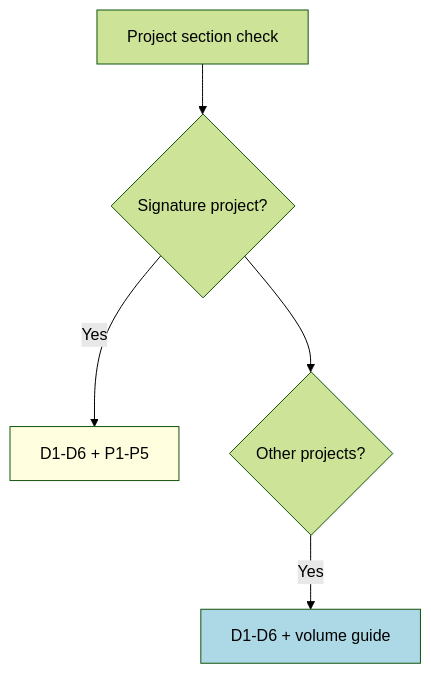
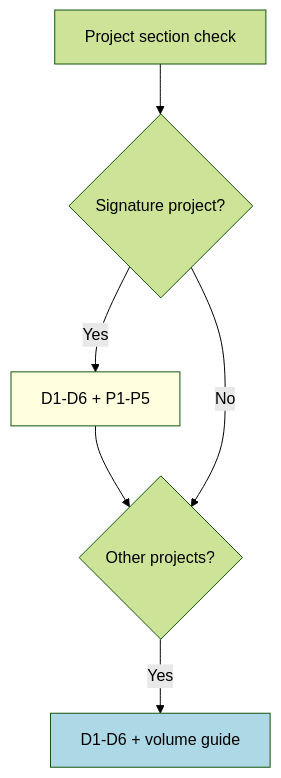
Before and after one commit to toongri/oh-my-toong-playground: the third of 3 diagrams in projects/toongri.github.io/skills/review-resume/SKILL.md, drawn with Mermaid (forest theme). The commit also changed other lines of this file and 6 other files, not shown here.

````diff
--- a/projects/toongri.github.io/skills/review-resume/SKILL.md
+++ b/projects/toongri.github.io/skills/review-resume/SKILL.md
@@ -770,16 +772,17 @@
 ```mermaid
 flowchart TB
     A[Project section check]
     B{Signature project?}
     C[D1-D6 + P1-P5]
     D{Other projects?}
     E[D1-D6 + volume guide]
 
     A --> B
     B -->|Yes| C
-    B --> D
+    C --> D
+    B -->|No| D
     D -->|Yes| E
 
     style C fill:lightyellow
     style E fill:lightblue
 ```
````
